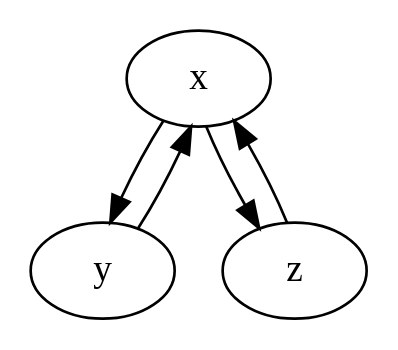
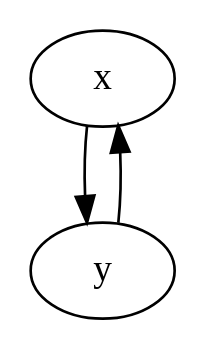
Before and after one commit to sinisterra/causal-python-sandbox: the diagram in models/intervention_xyz_GES.dot, drawn with Graphviz. The commit also changed 7 other files, not shown here.

```diff
--- a/models/intervention_xyz_GES.dot
+++ b/models/intervention_xyz_GES.dot
@@ -1,6 +1,4 @@
 strict digraph "" {
 	x -> y	 [weight=1];
-	x -> z	 [weight=1];
 	y -> x	 [weight=1];
-	z -> x	 [weight=1];
 }
```
